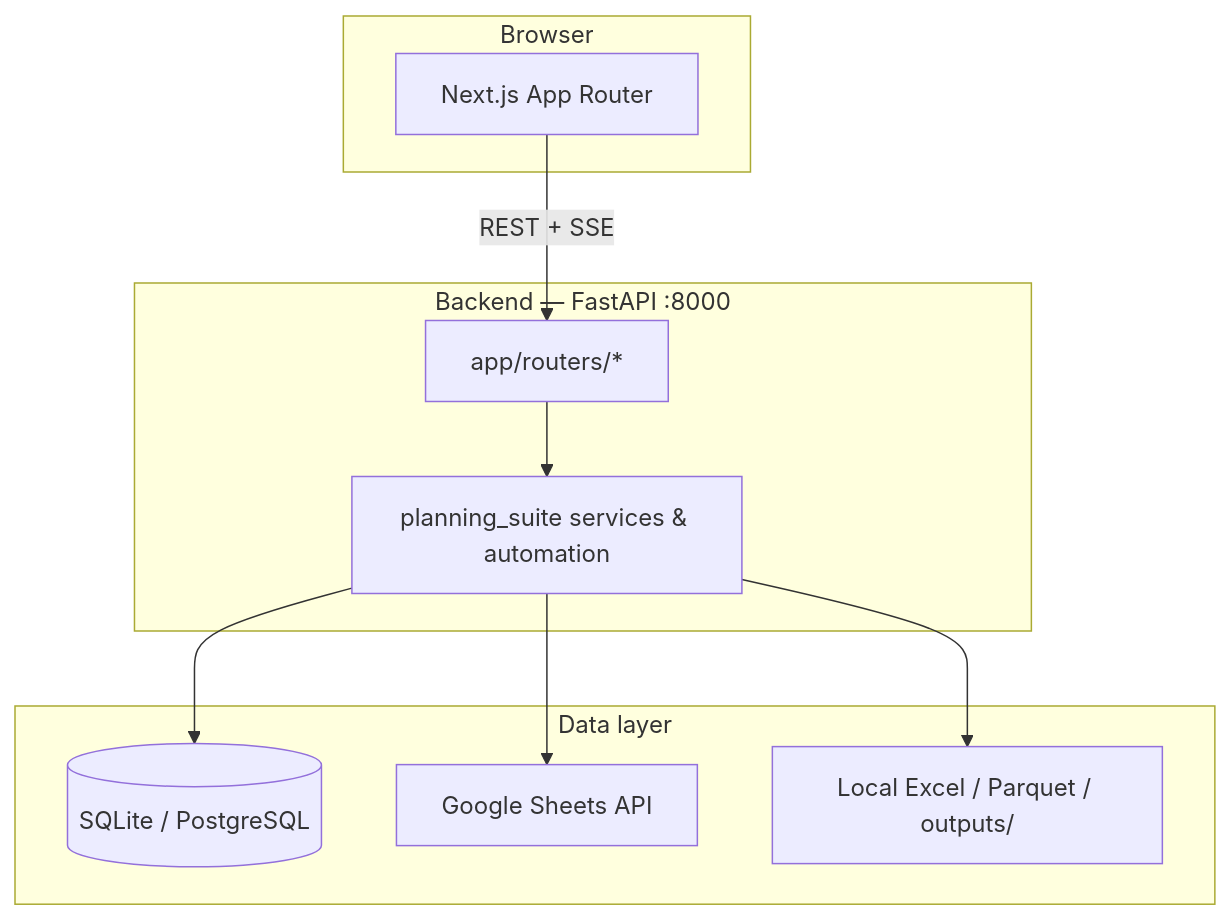
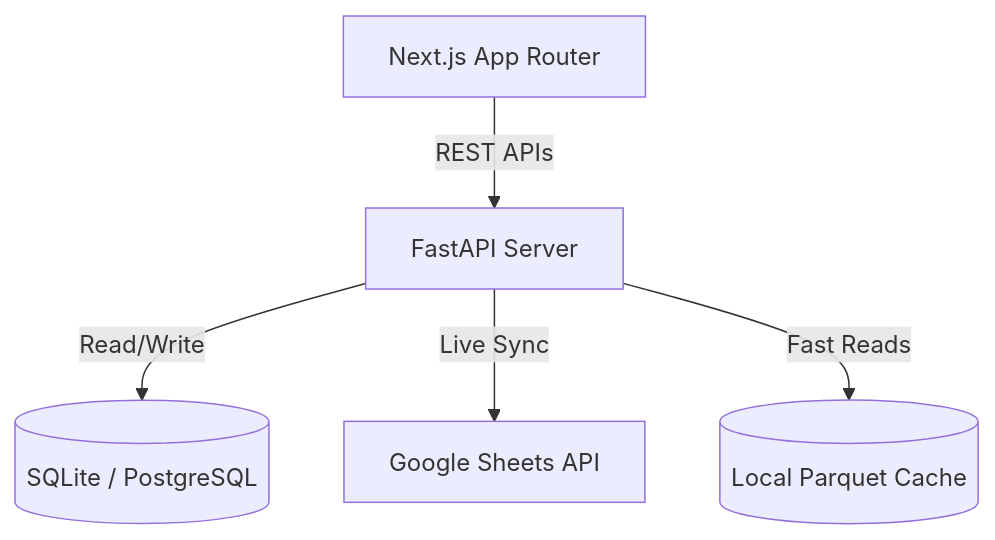
One commit to sumitkumarnayak-hub/forecast-pipeline-v2 changed the diagram in DEVELOPER_GUIDE.md. Above: the diagram before and after it, drawn with Mermaid. The commit also changed other lines of this file, not shown here.

Commit message:
docs: add detailed developer and architecture guide to repository

````diff
--- a/DEVELOPER_GUIDE.md
+++ b/DEVELOPER_GUIDE.md
@@ -79,23 +14,7 @@
 ```mermaid
-flowchart TB
-  subgraph client [Browser]
-    UI[Next.js App Router]
-  end
-
-  subgraph api [Backend — FastAPI :8000]
-    Routers[app/routers/*]
-    Domain[planning_suite services & automation]
-    Routers --> Domain
-  end
-
-  subgraph data [Data layer]
-    DB[(SQLite / PostgreSQL)]
-    Sheets[Google Sheets API]
-    Files[Local Excel / Parquet / outputs/]
-  end
-
-  UI -->|REST + SSE| Routers
-  Domain --> DB
-  Domain --> Sheets
-  Domain --> Files
+graph TD
+    UI[Next.js App Router] -->|REST APIs| API[FastAPI Server]
+    API -->|Read/Write| DB[(SQLite / PostgreSQL)]
+    API -->|Live Sync| Sheets[Google Sheets API]
+    API -->|Fast Reads| Cache[(Local Parquet Cache)]
 ```
````
